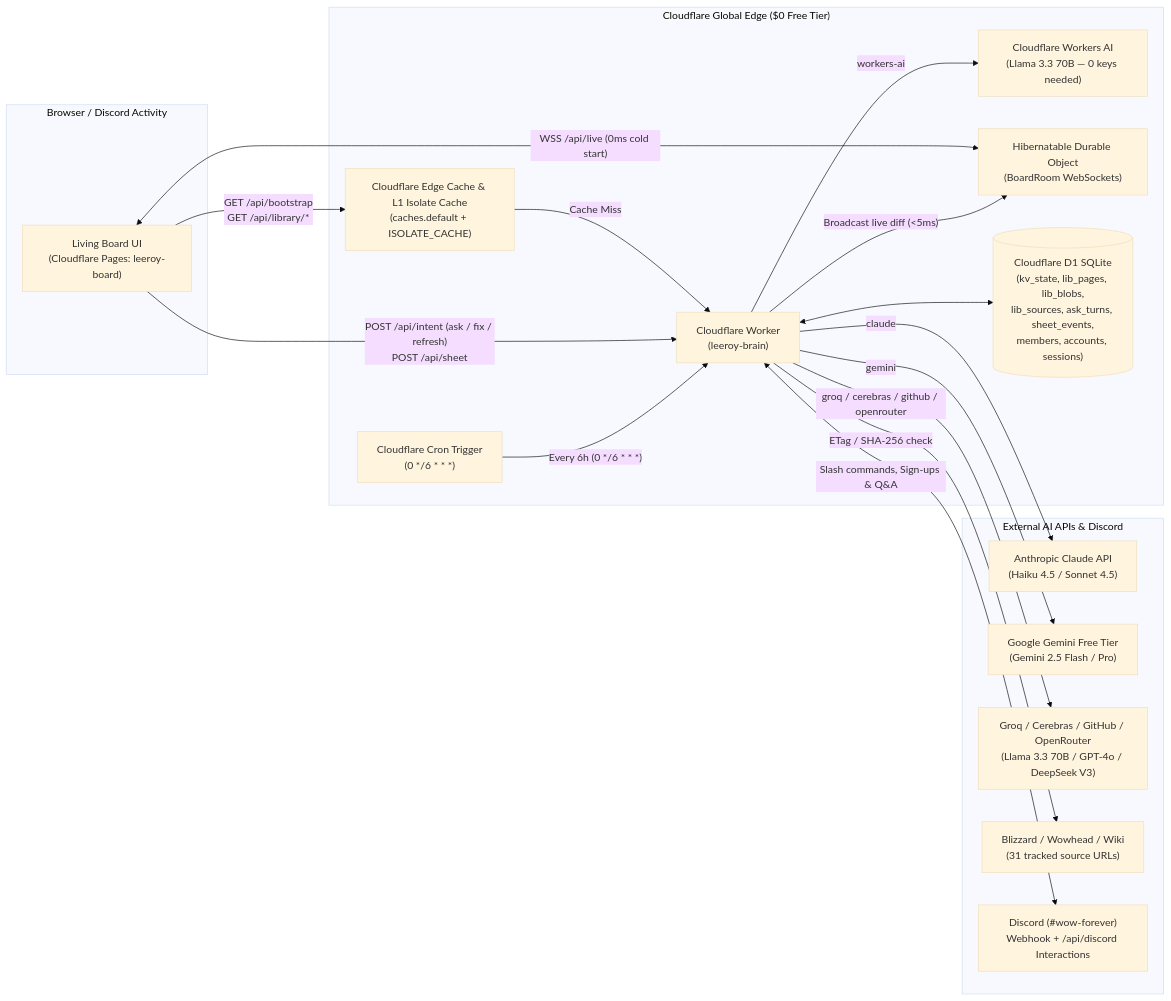
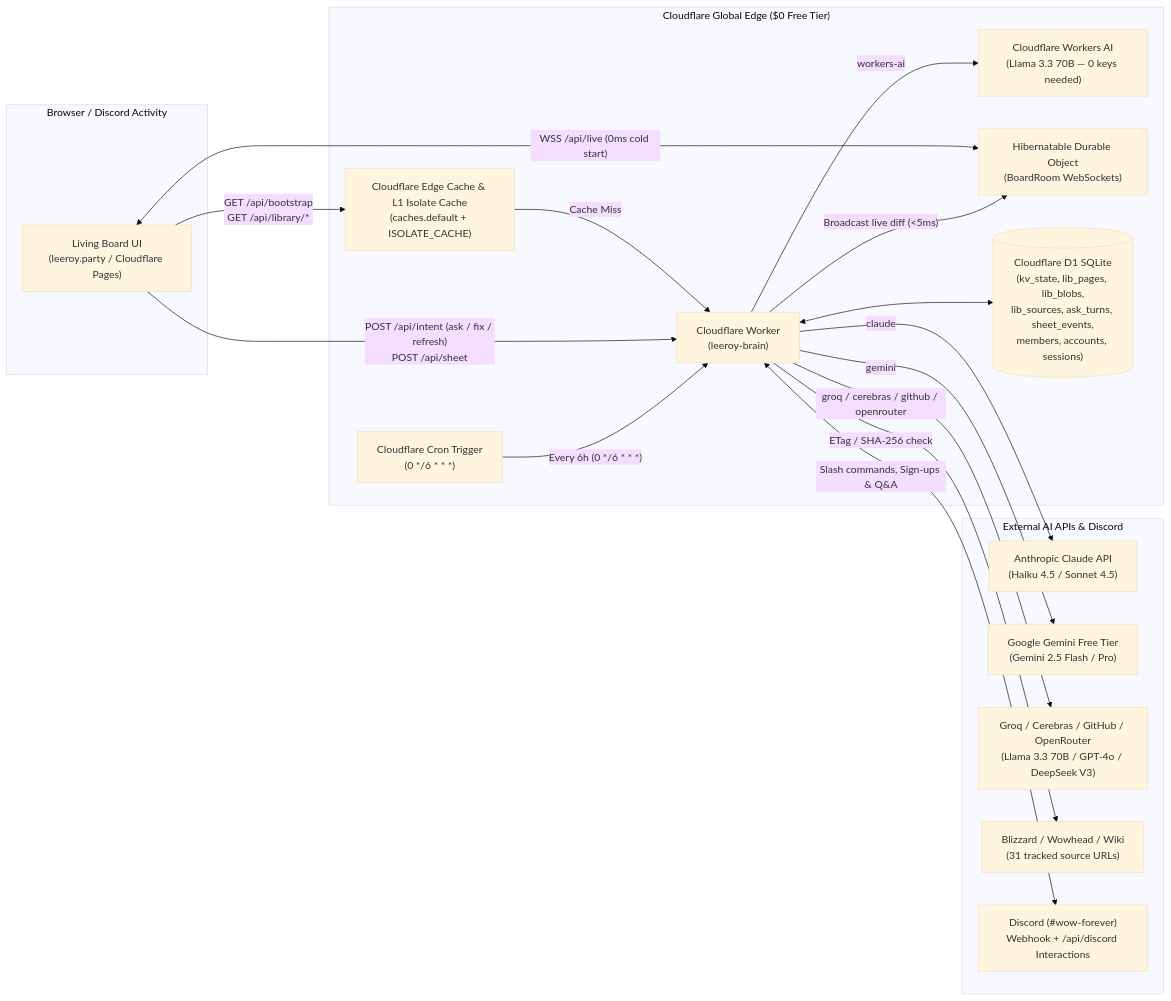
Before and after one commit to Matt-Bloise/leeroy-board: the first of 2 diagrams in infrastructure/README.md, drawn with Mermaid (base theme). The commit also changed other lines of this file and 6 other files, not shown here.

Commit message:
feat(cloudflare): configure custom domain leeroy.party, worker routes, and edge caching

````diff
--- a/infrastructure/README.md
+++ b/infrastructure/README.md
@@ -9,37 +9,37 @@
 ```mermaid
 flowchart LR
   subgraph Client["Browser / Discord Activity"]
-    UI["Living Board UI\n(Cloudflare Pages: leeroy-board)"]
+    UI["Living Board UI\n(leeroy.party / Cloudflare Pages)"]
   end
 
   subgraph Edge["Cloudflare Global Edge ($0 Free Tier)"]
     Cache["Cloudflare Edge Cache & L1 Isolate Cache\n(caches.default + ISOLATE_CACHE)"]
     Worker["Cloudflare Worker\n(leeroy-brain)"]
     WAI["Cloudflare Workers AI\n(Llama 3.3 70B — 0 keys needed)"]
     DO["Hibernatable Durable Object\n(BoardRoom WebSockets)"]
     D1[("Cloudflare D1 SQLite\n(kv_state, lib_pages, lib_blobs,\nlib_sources, ask_turns, sheet_events,\nmembers, accounts, sessions)")]
     Cron["Cloudflare Cron Trigger\n(0 */6 * * *)"]
   end
 
   subgraph External["External AI APIs & Discord"]
     Claude["Anthropic Claude API\n(Haiku 4.5 / Sonnet 4.5)"]
     Gemini["Google Gemini Free Tier\n(Gemini 2.5 Flash / Pro)"]
     FreeLLMs["Groq / Cerebras / GitHub / OpenRouter\n(Llama 3.3 70B / GPT-4o / DeepSeek V3)"]
     Sources["Blizzard / Wowhead / Wiki\n(31 tracked source URLs)"]
     Discord["Discord (#wow-forever)\nWebhook + /api/discord Interactions"]
   end
 
   UI -- "GET /api/bootstrap\nGET /api/library/*" --> Cache
   Cache -- "Cache Miss" --> Worker
   Worker <--> D1
   UI <-->|"WSS /api/live (0ms cold start)"| DO
   UI -- "POST /api/intent (ask / fix / refresh)\nPOST /api/sheet" --> Worker
   Worker -- "Broadcast live diff (<5ms)" --> DO
   Worker -- "workers-ai" --> WAI
   Worker -- "claude" --> Claude
   Worker -- "gemini" --> Gemini
   Worker -- "groq / cerebras / github / openrouter" --> FreeLLMs
   Worker <-->|"Slash commands, Sign-ups & Q&A"| Discord
   Cron -- "Every 6h (0 */6 * * *)" --> Worker
   Worker -- "ETag / SHA-256 check" --> Sources
 ```
````
